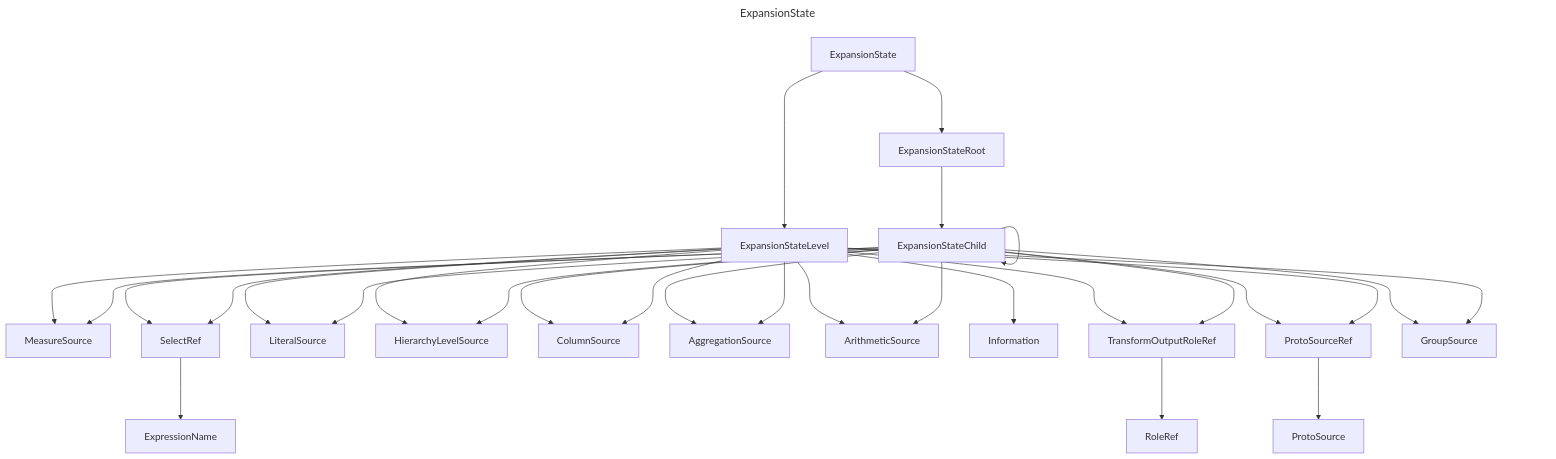
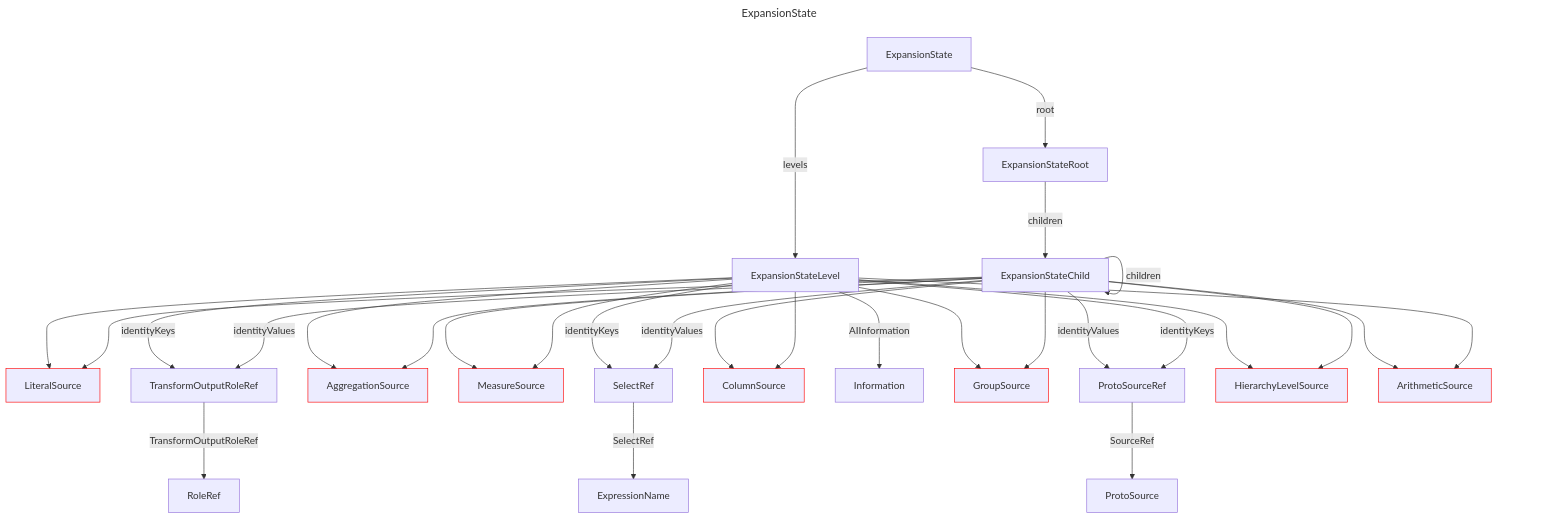
One commit to douglassimonsen/pbi_core changed the diagram in docs/docs/layout/erd/ExpansionState.md. Above: the diagram before and after it, drawn with Mermaid. The commit also changed 77 other files, not shown here.

Commit message:
Updated to color code the layout ERD

````diff
--- a/docs/docs/layout/erd/ExpansionState.md
+++ b/docs/docs/layout/erd/ExpansionState.md
@@ -1,52 +1,59 @@
 ```mermaid
 ---
 title: ExpansionState
 ---
 graph 
-2721642009152["MeasureSource"]
-2721642042336["ExpansionStateChild"]
-2721642039408["ProtoSource"]
-2721642024768["TransformOutputRoleRef"]
-2721642022816["LiteralSource"]
-2721642040384["RoleRef"]
-2721642012080["HierarchyLevelSource"]
-2721642045264["ExpansionState"]
-2721642014032["ColumnSource"]
-2721642058928["ExpansionStateRoot"]
-2721642003296["AggregationSource"]
-2721642013056["ExpressionName"]
-2721642031600["ArithmeticSource"]
-2721642041360["Information"]
-2721642016960["SelectRef"]
-2721642023792["ProtoSourceRef"]
-2721642035504["GroupSource"]
-2721642025744["ExpansionStateLevel"]
-2721642042336 ---> 2721642014032
-2721642042336 ---> 2721642003296
-2721642042336 ---> 2721642016960
-2721642042336 ---> 2721642023792
-2721642025744 ---> 2721642012080
-2721642025744 ---> 2721642014032
-2721642045264 ---> 2721642025744
-2721642025744 ---> 2721642009152
-2721642024768 ---> 2721642040384
-2721642042336 ---> 2721642012080
-2721642023792 ---> 2721642039408
-2721642016960 ---> 2721642013056
-2721642025744 ---> 2721642016960
-2721642042336 ---> 2721642035504
-2721642025744 ---> 2721642031600
-2721642025744 ---> 2721642024768
-2721642058928 ---> 2721642042336
-2721642025744 ---> 2721642022816
-2721642025744 ---> 2721642041360
-2721642025744 ---> 2721642003296
-2721642025744 ---> 2721642035504
-2721642042336 ---> 2721642009152
-2721642042336 ---> 2721642024768
-2721642045264 ---> 2721642058928
-2721642042336 ---> 2721642022816
-2721642025744 ---> 2721642023792
-2721642042336 ---> 2721642031600
-2721642042336 ---> 2721642042336
+2430071820688["RoleRef"]
+2430071816784["LiteralSource"]
+style 2430071816784 stroke:#ff0000,stroke-width:1px
+2430071814832["TransformOutputRoleRef"]
+2430071366800["ExpressionName"]
+2430071823616["ExpansionStateRoot"]
+2430071358016["AggregationSource"]
+style 2430071358016 stroke:#ff0000,stroke-width:1px
+2430071359968["MeasureSource"]
+style 2430071359968 stroke:#ff0000,stroke-width:1px
+2430071825568["ProtoSourceRef"]
+2430071365824["ColumnSource"]
+style 2430071365824 stroke:#ff0000,stroke-width:1px
+2430071817760["Information"]
+2430071808976["GroupSource"]
+style 2430071808976 stroke:#ff0000,stroke-width:1px
+2430071356064["SelectRef"]
+2430071819712["ProtoSource"]
+2430071827520["ExpansionState"]
+2430071809952["ExpansionStateLevel"]
+2430071813856["ExpansionStateChild"]
+2430071363872["HierarchyLevelSource"]
+style 2430071363872 stroke:#ff0000,stroke-width:1px
+2430071382416["ArithmeticSource"]
+style 2430071382416 stroke:#ff0000,stroke-width:1px
+2430071813856 --->|children| 2430071813856
+2430071809952 ---> 2430071363872
+2430071823616 --->|children| 2430071813856
+2430071827520 --->|levels| 2430071809952
+2430071809952 --->|identityKeys| 2430071814832
+2430071809952 ---> 2430071358016
+2430071813856 --->|identityValues| 2430071825568
+2430071813856 ---> 2430071359968
+2430071809952 --->|identityKeys| 2430071356064
+2430071825568 --->|SourceRef| 2430071819712
+2430071813856 ---> 2430071365824
+2430071814832 --->|TransformOutputRoleRef| 2430071820688
+2430071813856 ---> 2430071363872
+2430071809952 ---> 2430071808976
+2430071809952 --->|identityKeys| 2430071825568
+2430071809952 --->|AIInformation| 2430071817760
+2430071356064 --->|SelectRef| 2430071366800
+2430071827520 --->|root| 2430071823616
+2430071813856 ---> 2430071358016
+2430071809952 ---> 2430071816784
+2430071813856 ---> 2430071382416
+2430071813856 --->|identityValues| 2430071356064
+2430071809952 ---> 2430071359968
+2430071813856 ---> 2430071816784
+2430071809952 ---> 2430071382416
+2430071813856 --->|identityValues| 2430071814832
+2430071809952 ---> 2430071365824
+2430071813856 ---> 2430071808976
 ```
````
